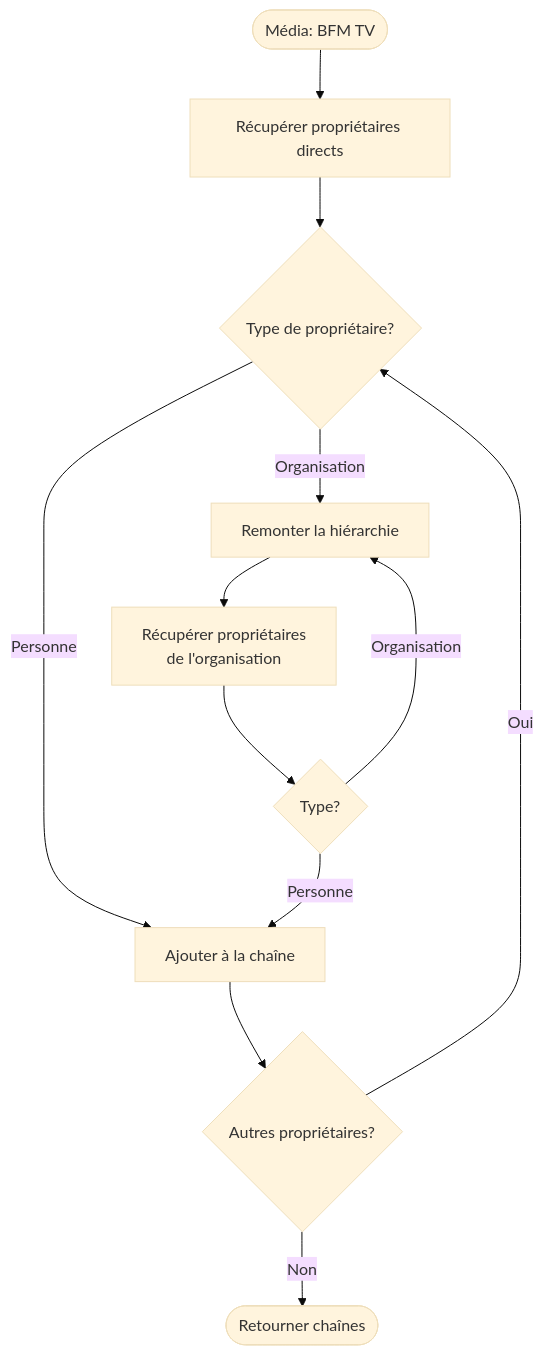
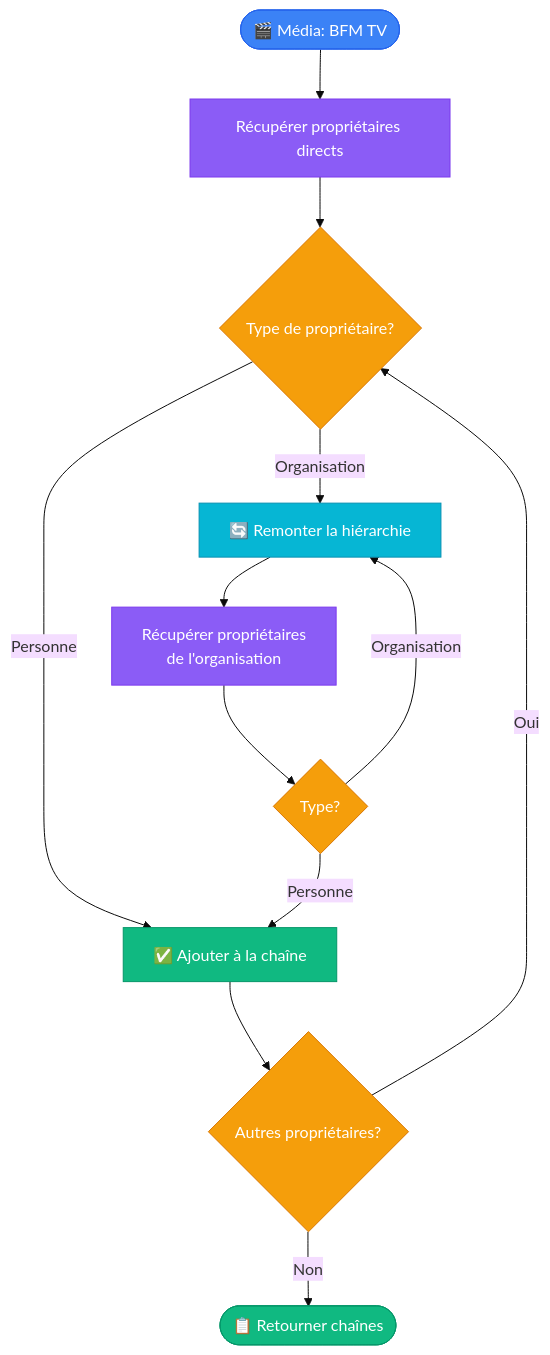
One commit to cedric-famibelle-pronzola/medias-francais-api changed the ninth of 14 diagrams in docs/diagrams.md. Above: the diagram before and after it, drawn with Mermaid (base theme). The commit also changed other lines of this file, not shown here.

Commit message:
docs: improve mermaid styles

````diff
--- a/docs/diagrams.md
+++ b/docs/diagrams.md
@@ -351,18 +415,28 @@
 ```mermaid
 flowchart TD
-    START([Média: BFM TV]) --> PROP[Récupérer propriétaires directs]
+    START([🎬 Média: BFM TV]) --> PROP[Récupérer propriétaires directs]
     PROP --> CHECK{Type de propriétaire?}
 
-    CHECK -->|Personne| FOUND[Ajouter à la chaîne]
-    CHECK -->|Organisation| ORG[Remonter la hiérarchie]
+    CHECK -->|Personne| FOUND[✅ Ajouter à la chaîne]
+    CHECK -->|Organisation| ORG[🔄 Remonter la hiérarchie]
 
     ORG --> PARENT[Récupérer propriétaires<br/>de l'organisation]
     PARENT --> CHECK2{Type?}
 
     CHECK2 -->|Personne| FOUND
     CHECK2 -->|Organisation| ORG
 
     FOUND --> MORE{Autres propriétaires?}
     MORE -->|Oui| CHECK
-    MORE -->|Non| END([Retourner chaînes])
+    MORE -->|Non| END([📋 Retourner chaînes])
+
+    style START fill:#3b82f6,stroke:#2563eb,color:#fff
+    style PROP fill:#8b5cf6,stroke:#7c3aed,color:#fff
+    style CHECK fill:#f59e0b,stroke:#d97706,color:#fff
+    style FOUND fill:#10b981,stroke:#059669,color:#fff
+    style ORG fill:#06b6d4,stroke:#0891b2,color:#fff
+    style PARENT fill:#8b5cf6,stroke:#7c3aed,color:#fff
+    style CHECK2 fill:#f59e0b,stroke:#d97706,color:#fff
+    style MORE fill:#f59e0b,stroke:#d97706,color:#fff
+    style END fill:#10b981,stroke:#059669,color:#fff
 ```
````
